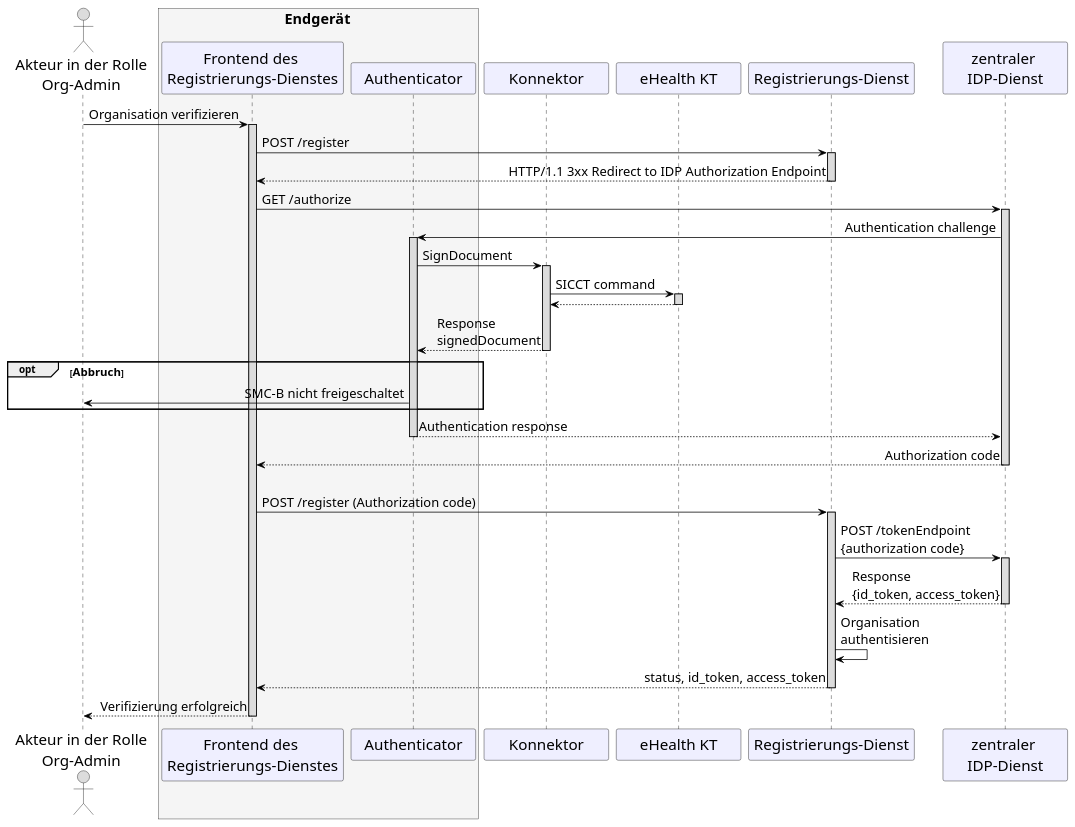
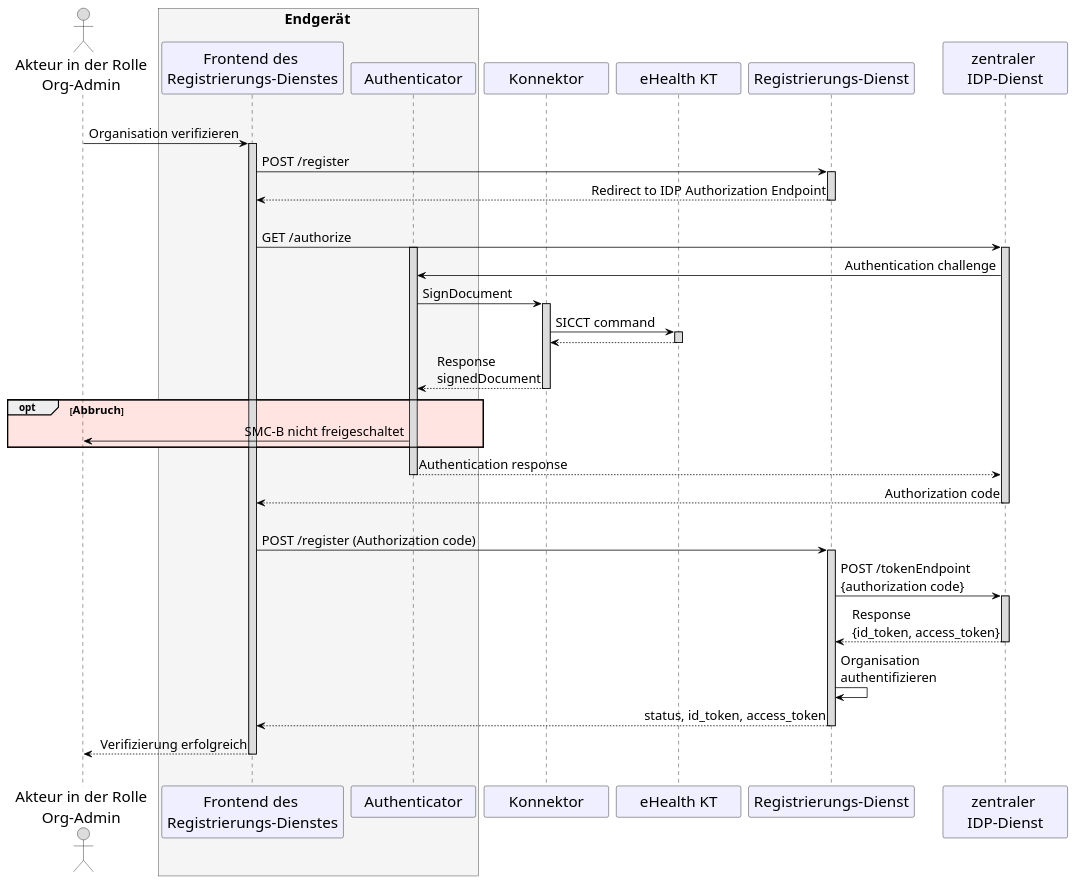
Before and after one commit to gematik/api-ti-messenger: the diagram in src/plantuml/TI-Messenger-Dienst/Ressourcen/UC_10103_Seq.puml, drawn with PlantUML.

```diff
--- a/src/plantuml/TI-Messenger-Dienst/Ressourcen/UC_10103_Seq.puml
+++ b/src/plantuml/TI-Messenger-Dienst/Ressourcen/UC_10103_Seq.puml
@@ -9,79 +9,81 @@
 @startuml
 skinparam sequenceMessageAlign direction
 skinparam WrapWidth 300
 skinparam minClassWidth 150
 skinparam BoxPadding 1
 scale max 2048 width
 
 skinparam sequence {
 ArrowColor black
 ArrowFontSize 17
 ActorBorderColor black
 LifeLineBorderColor black
 LifeLineBackgroundColor Gainsboro
 
 ParticipantBorderColor Motivation
 ParticipantBackgroundColor Motivation
 ParticipantFontName Impact
 ParticipantFontSize 20
 ParticipantFontColor black
 ParticipantBorderColor Black
 ParticipantBackgroundColor MOTIVATION
 
 ActorBackgroundColor Gainsboro
 ActorFontColor black
 ActorFontSize 20
 ActorFontName Aapex
 }
 
   actor oa as "Akteur in der Rolle\nOrg-Admin"
     box <size:19>Endgerät</size> #WhiteSmoke
     participant wb as "Frontend des \nRegistrierungs-Dienstes"
     participant au as "Authenticator"
     end box
   participant ko as "Konnektor"
   participant kt as "eHealth KT"
   participant rd as "Registrierungs-Dienst"
   participant ip as "zentraler \nIDP-Dienst"
 
+  |||
   oa -> wb: Organisation verifizieren
     activate wb
   wb -> rd:POST /register 
     activate rd
-  rd --> wb: HTTP/1.1 3xx Redirect to IDP Authorization Endpoint
+  rd --> wb: Redirect to IDP Authorization Endpoint
     deactivate rd
+  |||
   wb -> ip: GET /authorize
+    activate au
     activate ip
   ip -> au: Authentication challenge
-    activate au
   au -> ko: SignDocument
     activate ko
   ko -> kt: SICCT command
     activate kt
   kt --> ko
     deactivate kt
   ko --> au: Response \nsignedDocument
     deactivate ko
 
-opt <size:15>Abbruch</size>
-  au -> oa: SMC-B nicht freigeschaltet
+opt #MistyRose <size:15>Abbruch</size>
+  au -> oa: SMC-B nicht freigeschaltet 
 end
 
   au -->ip: Authentication response
     deactivate au
   ip --> wb: Authorization code
     deactivate ip
-|||
+  |||
   wb -> rd: POST /register (Authorization code)
     activate rd
   rd -> ip: POST /tokenEndpoint\n{authorization code}
     activate ip
   ip --> rd: Response\n{id_token, access_token}
     deactivate ip
-  rd -> rd: Organisation \nauthentisieren
+  rd -> rd: Organisation \nauthentifizieren
   rd --> wb: status, id_token, access_token
     deactivate rd
   wb --> oa: Verifizierung erfolgreich
     deactivate wb
-    
+  |||  
 @enduml
```
